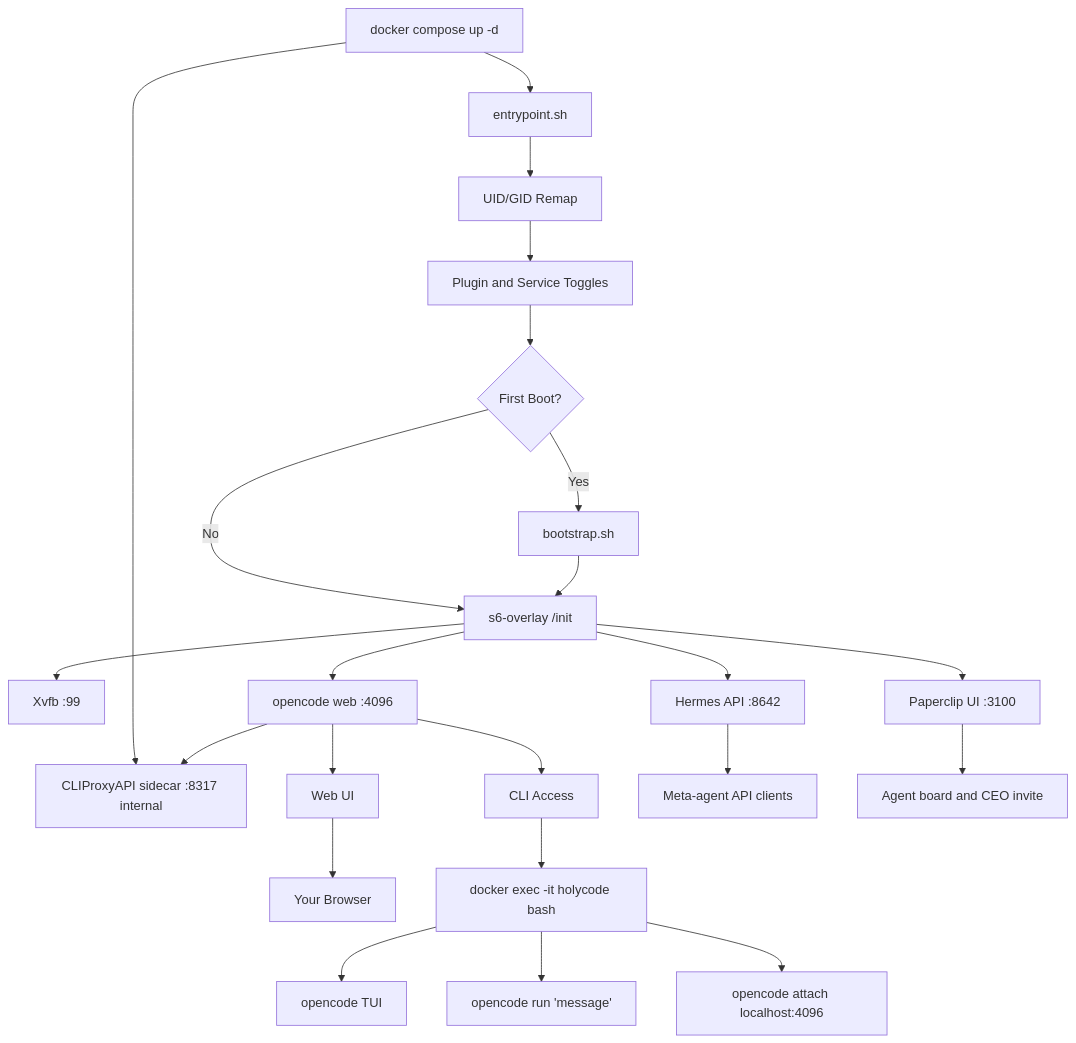
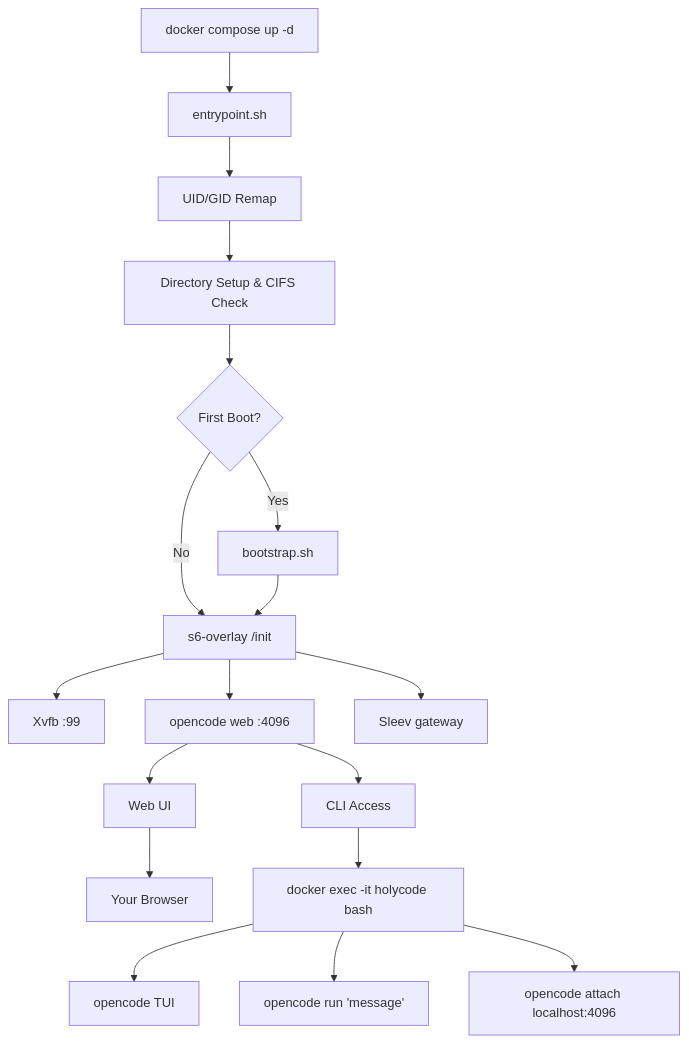
One commit to xiaden/SkyScow changed the diagram in README.md. Above: the diagram before and after it, drawn with Mermaid. The commit also changed other lines of this file and 266 other files, not shown here.

````diff
--- a/README.md
+++ b/README.md
@@ -638,25 +465,20 @@
 ```mermaid
 graph TD
     A[docker compose up -d] --> B[entrypoint.sh]
     B --> C[UID/GID Remap]
-    C --> D[Plugin and Service Toggles]
+    C --> D[Directory Setup & CIFS Check]
     D --> E{First Boot?}
     E -->|Yes| F[bootstrap.sh]
     E -->|No| G[s6-overlay /init]
     F --> G
     G --> H[Xvfb :99]
     G --> I[opencode web :4096]
-    G --> Q[Hermes API :8642]
-    G --> R[Paperclip UI :3100]
-    A --> U[CLIProxyAPI sidecar :8317 internal]
-    I --> J[Web UI]
-    J --> K[Your Browser]
-    I --> L[CLI Access]
-    L --> M[docker exec -it holycode bash]
-    M --> N[opencode TUI]
-    M --> O[opencode run 'message']
-    M --> P[opencode attach localhost:4096]
-    Q --> S[Meta-agent API clients]
-    R --> T[Agent board and CEO invite]
-    I --> U
+    G --> J[Sleev gateway]
+    I --> K[Web UI]
+    K --> L[Your Browser]
+    I --> M[CLI Access]
+    M --> N[docker exec -it holycode bash]
+    N --> O[opencode TUI]
+    N --> P[opencode run 'message']
+    N --> Q[opencode attach localhost:4096]
 ```
````
